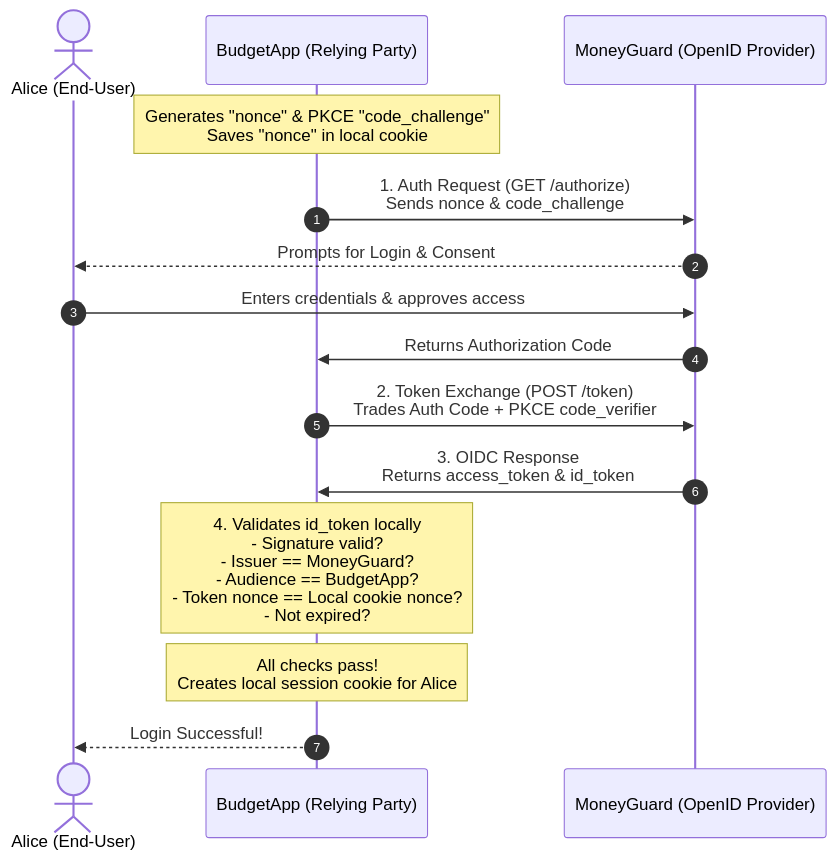
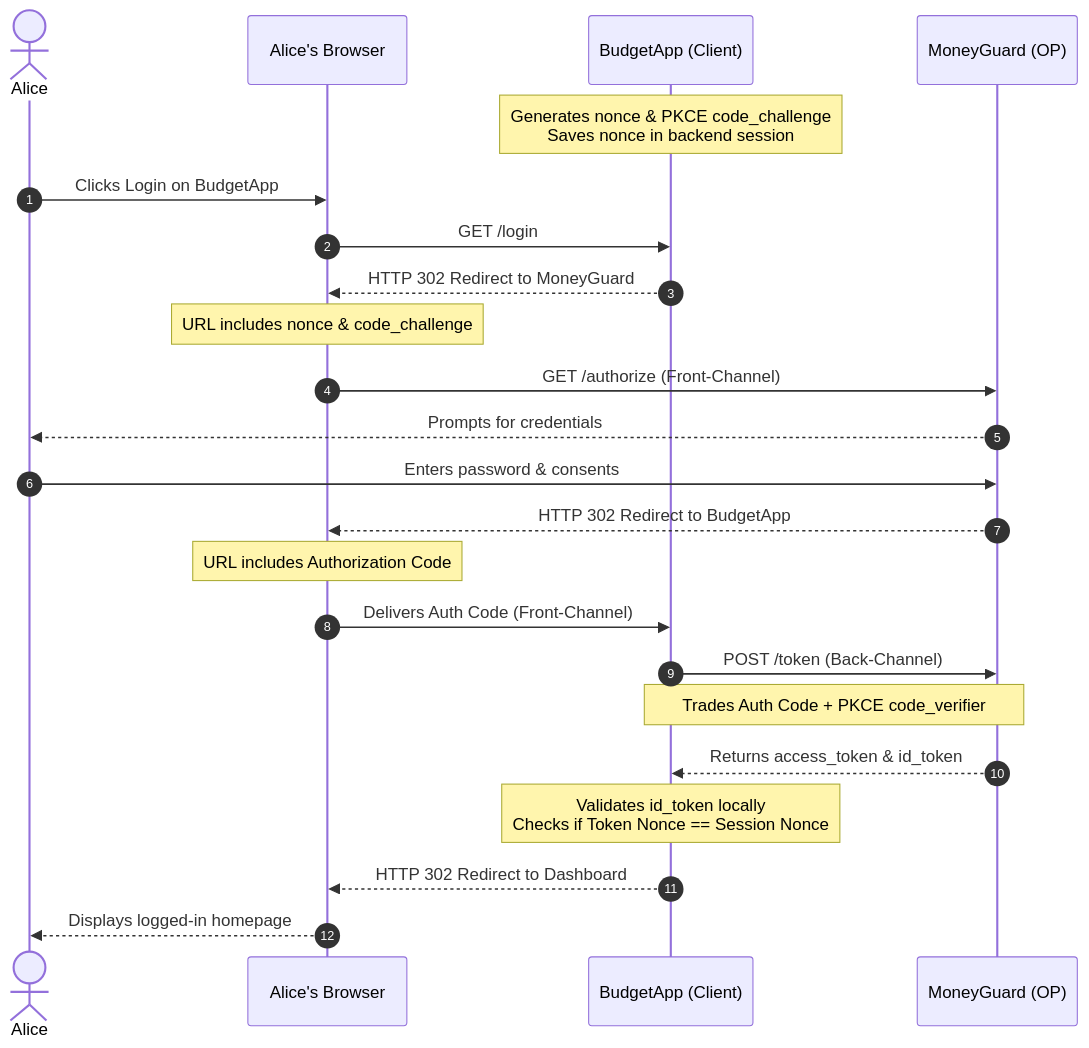
The first of 2 diagrams in 02_AuthN_Federation/06_OIDC_DeepDive.md (nirajp82/IdentityAccessManagement_IAM), drawn with Mermaid before and after one commit.

````diff
--- a/02_AuthN_Federation/06_OIDC_DeepDive.md
+++ b/02_AuthN_Federation/06_OIDC_DeepDive.md
@@ -158,26 +158,37 @@
 ```mermaid
 sequenceDiagram
     autonumber
-    actor Alice as Alice (End-User)
-    participant BudgetApp as BudgetApp (Relying Party)
-    participant MoneyGuard as MoneyGuard (OpenID Provider)
+    actor Alice
+    participant Browser as Alice's Browser
+    participant BudgetApp as BudgetApp (Client)
+    participant MoneyGuard as MoneyGuard (OP)
 
-    Note over BudgetApp: Generates "nonce" & PKCE "code_challenge"<br/>Saves "nonce" in local cookie
+    Note over BudgetApp: Generates nonce & PKCE code_challenge<br/>Saves nonce in backend session
     
-    BudgetApp->>MoneyGuard: 1. Auth Request (GET /authorize)<br/>Sends nonce & code_challenge
+    Alice->>Browser: Clicks Login on BudgetApp
+    Browser->>BudgetApp: GET /login
     
-    MoneyGuard-->>Alice: Prompts for Login & Consent
-    Alice->>MoneyGuard: Enters credentials & approves access
+    BudgetApp-->>Browser: HTTP 302 Redirect to MoneyGuard
+    Note over Browser: URL includes nonce & code_challenge
     
-    MoneyGuard->>BudgetApp: Returns Authorization Code
+    Browser->>MoneyGuard: GET /authorize (Front-Channel)
     
-    BudgetApp->>MoneyGuard: 2. Token Exchange (POST /token)<br/>Trades Auth Code + PKCE code_verifier
+    MoneyGuard-->>Alice: Prompts for credentials
+    Alice->>MoneyGuard: Enters password & consents
     
-    MoneyGuard->>BudgetApp: 3. OIDC Response<br/>Returns access_token & id_token
+    MoneyGuard-->>Browser: HTTP 302 Redirect to BudgetApp
+    Note over Browser: URL includes Authorization Code
     
-    Note over BudgetApp: 4. Validates id_token locally<br/>- Signature valid?<br/>- Issuer == MoneyGuard?<br/>- Audience == BudgetApp?<br/>- Token nonce == Local cookie nonce?<br/>- Not expired?
+    Browser->>BudgetApp: Delivers Auth Code (Front-Channel)
     
-    Note over BudgetApp: All checks pass!<br/>Creates local session cookie for Alice
-    BudgetApp-->>Alice: Login Successful!
+    BudgetApp->>MoneyGuard: POST /token (Back-Channel)
+    Note over BudgetApp, MoneyGuard: Trades Auth Code + PKCE code_verifier
+    
+    MoneyGuard-->>BudgetApp: Returns access_token & id_token
+    
+    Note over BudgetApp: Validates id_token locally<br/>Checks if Token Nonce == Session Nonce
+    
+    BudgetApp-->>Browser: HTTP 302 Redirect to Dashboard
+    Browser-->>Alice: Displays logged-in homepage
 
 ```
````
